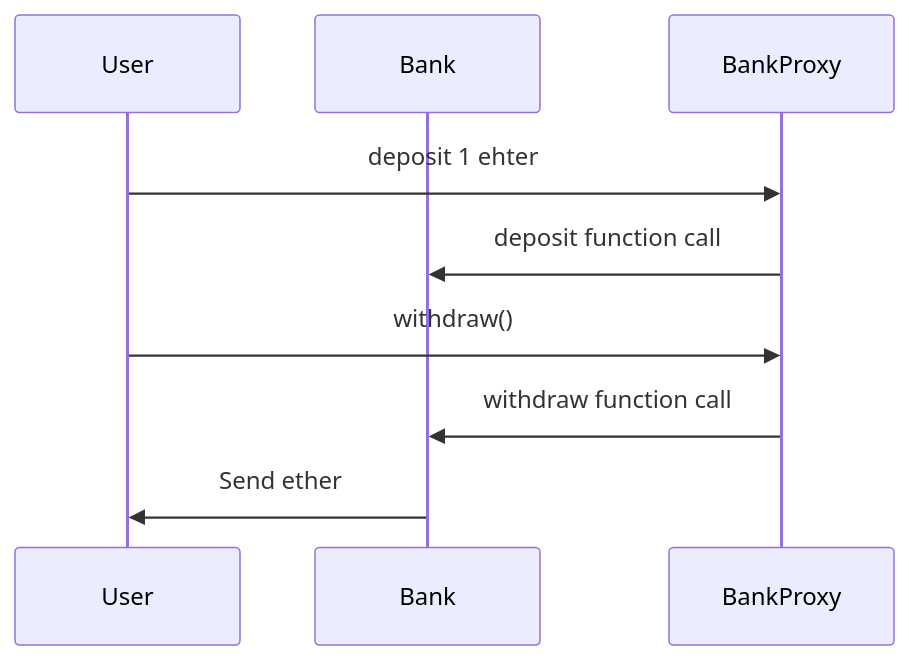
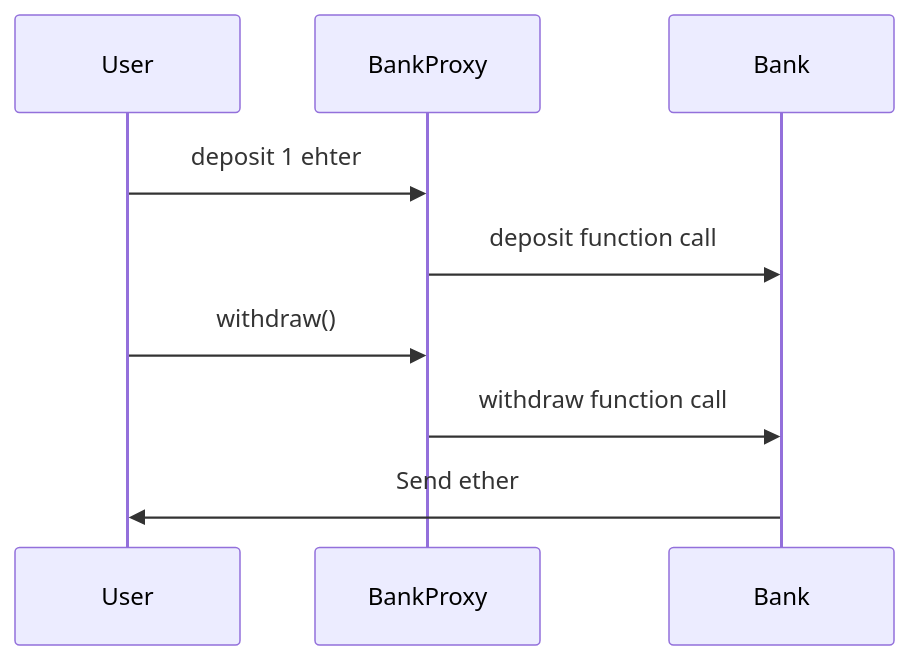
The sixth of 7 diagrams in README.md (GaryHo34/blockchain-project), drawn with Mermaid before and after one commit. The commit also changed other lines of this file, not shown here.

Commit message:
Edit Proxy Guard

````diff
--- a/README.md
+++ b/README.md
@@ -126,11 +124,11 @@
 ```mermaid
 sequenceDiagram
     participant User
+    participant BankProxy
     participant Bank
-    participant BankProxy
     User->>BankProxy: deposit 1 ehter
     BankProxy->>Bank: deposit function call
     User->>BankProxy: withdraw()
     BankProxy->>Bank: withdraw function call
     Bank->>User: Send ether
 ```
````
